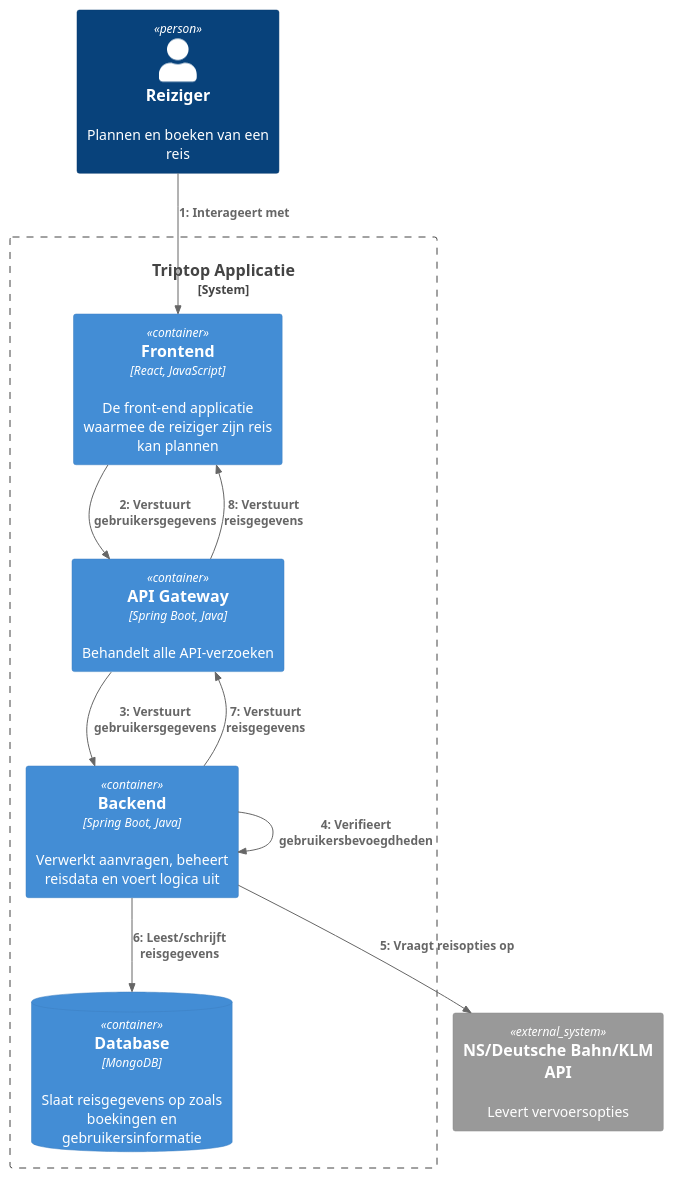
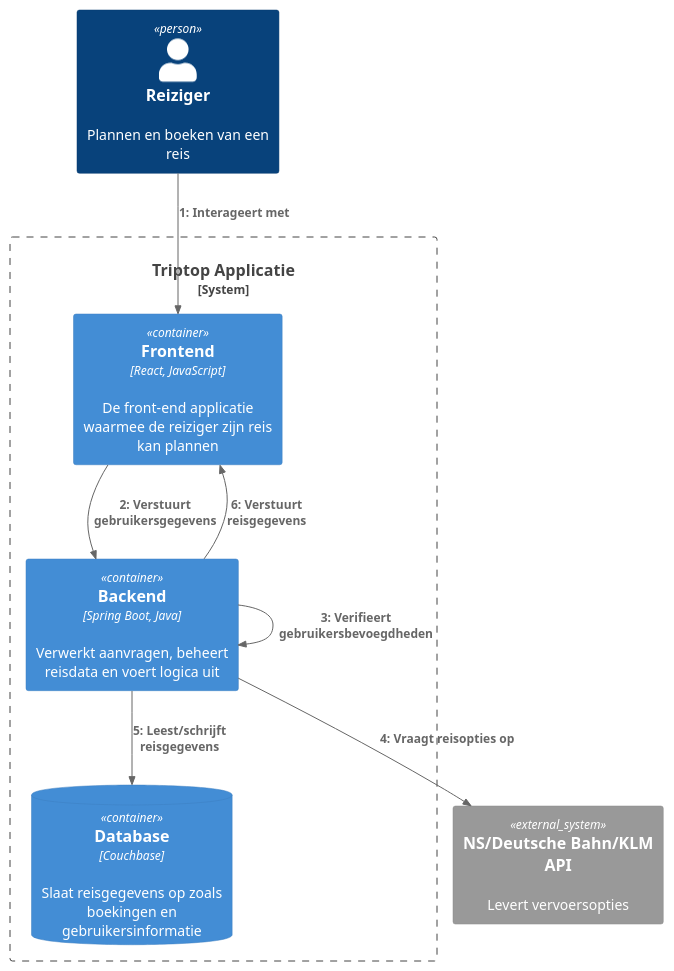
The diagram in opdracht-diagrammen/C4 Container/Dynamic/C4 Container dynamic diagram Reis boeken - Cas.puml (AIM-ENE-feb25/triptop-groep-3), drawn with PlantUML before and after one commit. The commit also changed 6 other files, not shown here.

```diff
--- a/opdracht-diagrammen/C4 Container/Dynamic/C4 Container dynamic diagram Reis boeken - Cas.puml
+++ b/opdracht-diagrammen/C4 Container/Dynamic/C4 Container dynamic diagram Reis boeken - Cas.puml
@@ -1,26 +1,23 @@
 @startuml
 
 !include https://raw.githubusercontent.com/plantuml-stdlib/C4-PlantUML/master/C4_Dynamic.puml
 
 Person(Traveler, "Reiziger", "Plannen en boeken van een reis")
 
 System_Boundary(s1, "Triptop Applicatie") {
 
     Container(Frontend, "Frontend", "React, JavaScript", "De front-end applicatie waarmee de reiziger zijn reis kan plannen")
     Container(Backend, "Backend", "Spring Boot, Java", "Verwerkt aanvragen, beheert reisdata en voert logica uit")
-    ContainerDb(Database, "Database", "MongoDB", "Slaat reisgegevens op zoals boekingen en gebruikersinformatie")
-    Container(ApiGateway, "API Gateway", "Spring Boot, Java", "Behandelt alle API-verzoeken")
+    ContainerDb(Database, "Database", "Couchbase", "Slaat reisgegevens op zoals boekingen en gebruikersinformatie")
 }
 
 System_Ext(NS, "NS/Deutsche Bahn/KLM API", "Levert vervoersopties")
 
 Rel(Traveler, Frontend, "Interageert met")
-Rel(Frontend, ApiGateway, "Verstuurt gebruikersgegevens")
-Rel(ApiGateway, Backend, Verstuurt gebruikersgegevens)
+Rel(Frontend, Backend, "Verstuurt gebruikersgegevens")
 Rel(Backend, Backend, Verifieert gebruikersbevoegdheden)
 Rel(Backend, NS, "Vraagt reisopties op")
 Rel(Backend, Database, "Leest/schrijft reisgegevens")
-Rel(Backend, ApiGateway, Verstuurt reisgegevens)
-Rel(ApiGateway, Frontend, Verstuurt reisgegevens)
+Rel(Backend, Frontend, Verstuurt reisgegevens)
 
 @enduml
```
